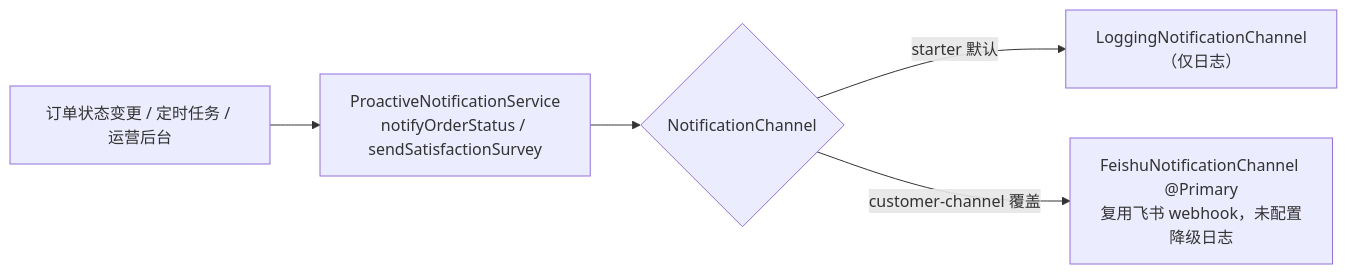
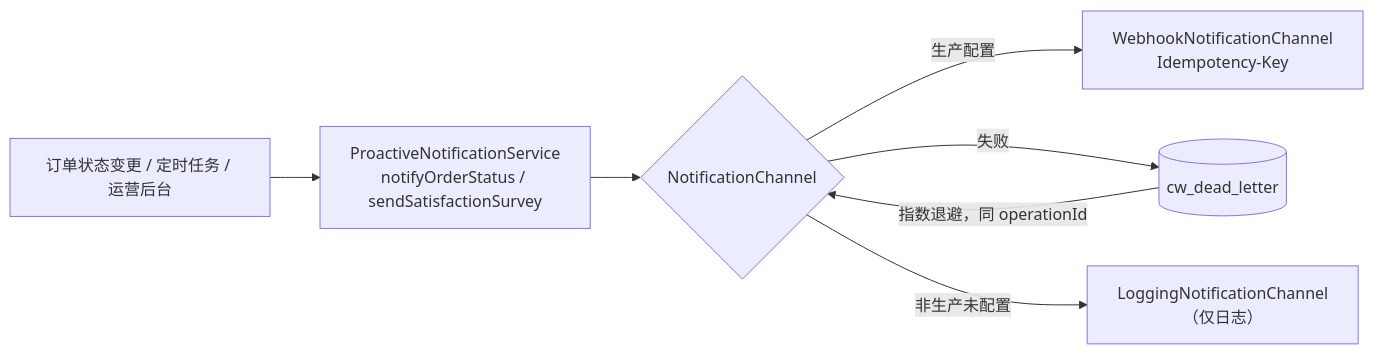
Before and after one commit to liulangjietou/customer_work: diagram 23 of 33 in docs/详细技术文档.md, drawn with Mermaid. The commit also changed other lines of this file and 179 other files, not shown here.

````diff
--- a/docs/详细技术文档.md
+++ b/docs/详细技术文档.md
@@ -805,7 +805,9 @@
 ```mermaid
 flowchart LR
     EV["订单状态变更 / 定时任务 / 运营后台"] --> SVC["ProactiveNotificationService<br/>notifyOrderStatus / sendSatisfactionSurvey"]
     SVC --> CH{NotificationChannel}
-    CH -->|starter 默认| LOG["LoggingNotificationChannel（仅日志）"]
-    CH -->|customer-channel 覆盖| FS["FeishuNotificationChannel @Primary<br/>复用飞书 webhook，未配置降级日志"]
+    CH -->|生产配置| WH["WebhookNotificationChannel<br/>Idempotency-Key"]
+    CH -->|失败| DLQ[(cw_dead_letter)]
+    DLQ -->|指数退避，同 operationId| CH
+    CH -->|非生产未配置| LOG["LoggingNotificationChannel（仅日志）"]
 ```
````
